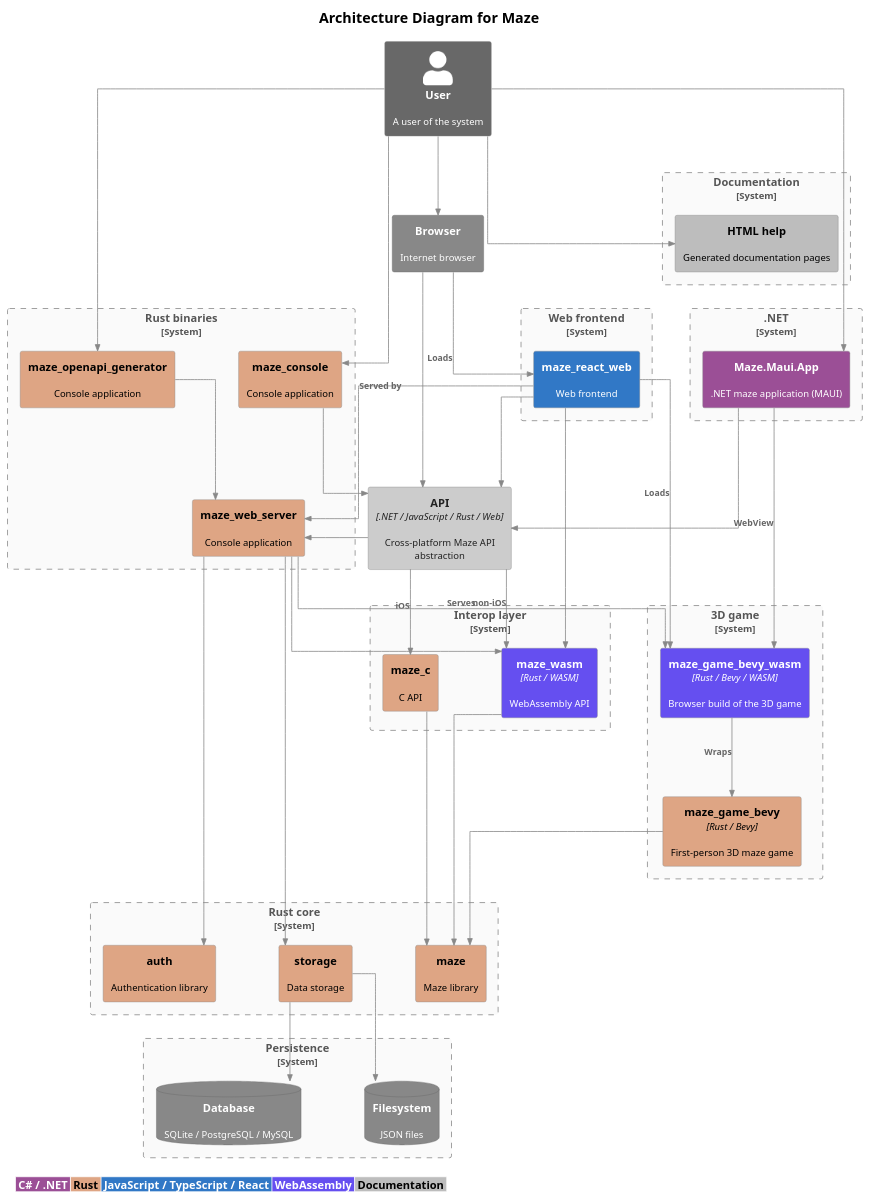
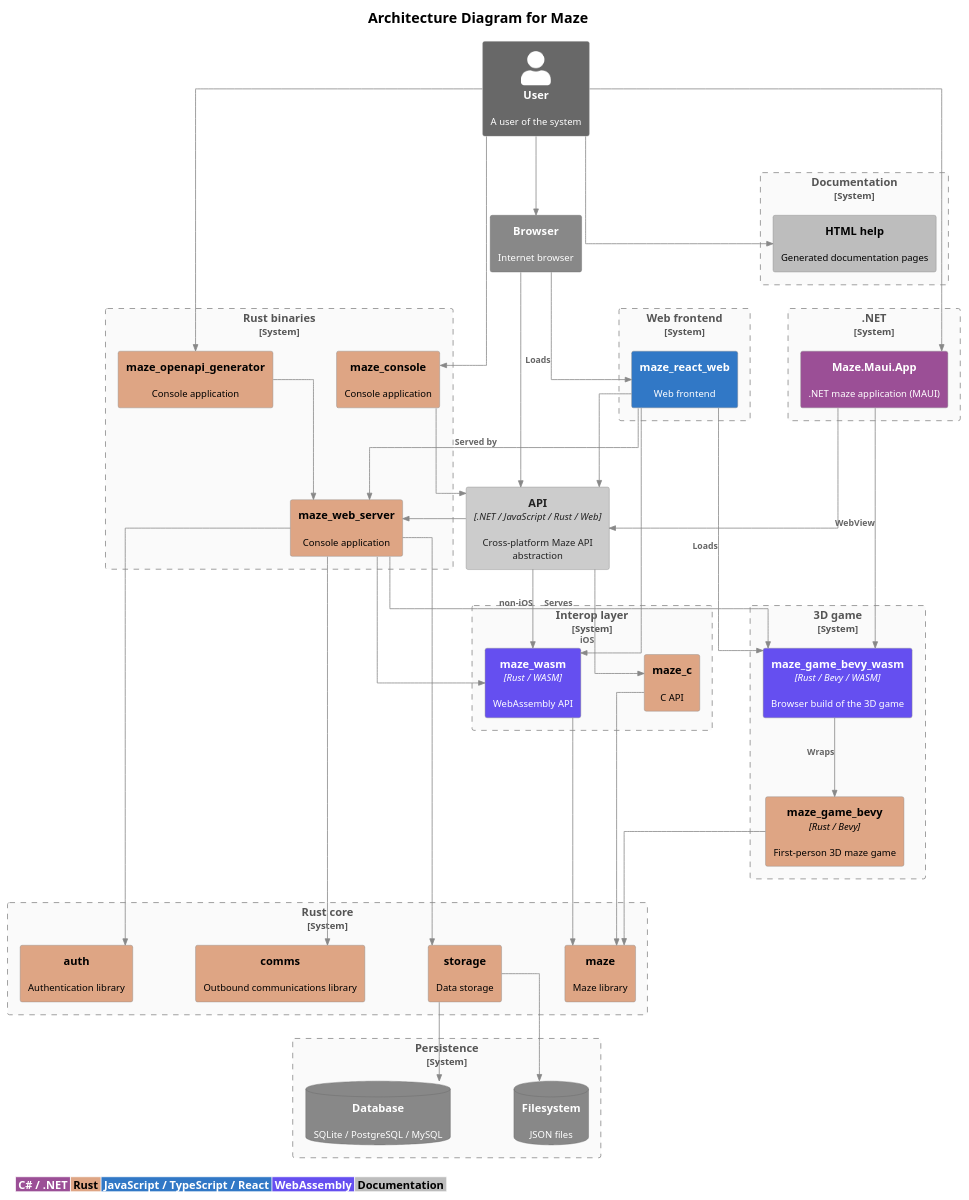
One commit to budgiedownunder/maze changed the diagram in docs/diagrams/architecture.puml. Above: the diagram before and after it, drawn with PlantUML. The commit also changed 6 other files, not shown here.

Commit message:
docs: register the new comms crate in root README, architecture/components diagrams, and DocFX index

```diff
--- a/docs/diagrams/architecture.puml
+++ b/docs/diagrams/architecture.puml
@@ -2,105 +2,107 @@
 @startuml architecture
 
 !include https://raw.githubusercontent.com/plantuml-stdlib/C4-PlantUML/master/C4_Container.puml
 
 LAYOUT_TOP_DOWN()
 HIDE_STEREOTYPE()
 skinparam linetype ortho
 skinparam nodesep 80
 skinparam ranksep 100
 skinparam defaultFontSize 12
 skinparam titleFontSize 18
 skinparam titleFontStyle bold
 skinparam ArrowFontSize 11
 
 UpdateElementStyle("container", $bgColor="#cccccc", $fontColor="#222222", $borderColor="#888888")
 UpdateElementStyle("external_container", $bgColor="#888888", $fontColor="#ffffff", $borderColor="#666666")
 UpdateBoundaryStyle($bgColor="#fafafa", $fontColor="#555555", $borderColor="#888888", $borderStyle="dashed")
 UpdateRelStyle($lineColor="#888888", $textColor="#666666")
 
 AddElementTag("rust",   $bgColor="#dea584", $fontColor="#000000", $legendText="Rust")
 AddElementTag("csharp", $bgColor="#9b4f96", $fontColor="#ffffff", $legendText="C# / .NET")
 AddElementTag("ts",     $bgColor="#3178c6", $fontColor="#ffffff", $legendText="JavaScript / TypeScript / React")
 AddElementTag("wasm",   $bgColor="#654ff0", $fontColor="#ffffff", $legendText="WebAssembly")
 AddElementTag("doc",    $bgColor="#bdbdbd", $fontColor="#000000", $legendText="Documentation")
 
 title Architecture Diagram for Maze
 
 Person_Ext(user, "User", "A user of the system")
 
 Container_Ext(browser, "Browser", "", "Internet browser")
 Container(api, "API", ".NET / JavaScript / Rust / Web", "Cross-platform Maze API abstraction")
 
 System_Boundary(b_rust_core, "Rust core") {
     Container(maze, "maze", "", "Maze library", $tags="rust")
     Container(auth, "auth", "", "Authentication library", $tags="rust")
+    Container(comms, "comms", "", "Outbound communications library", $tags="rust")
     Container(storage, "storage", "", "Data storage", $tags="rust")
 }
 
 System_Boundary(b_rust_bins, "Rust binaries") {
     Container(maze_web_server, "maze_web_server", "", "Console application", $tags="rust")
     Container(maze_console, "maze_console", "", "Console application", $tags="rust")
     Container(maze_openapi_generator, "maze_openapi_generator", "", "Console application", $tags="rust")
 }
 
 System_Boundary(b_interop, "Interop layer") {
     Container(maze_wasm, "maze_wasm", "Rust / WASM", "WebAssembly API", $tags="wasm")
     Container(maze_c, "maze_c", "", "C API", $tags="rust")
 }
 
 System_Boundary(b_dotnet, ".NET") {
     Container(maze_maui_app_net, "Maze.Maui.App", "", ".NET maze application (MAUI)", $tags="csharp")
 }
 
 System_Boundary(b_web, "Web frontend") {
     Container(maze_react_web, "maze_react_web", "", "Web frontend", $tags="ts")
 }
 
 System_Boundary(b_game, "3D game") {
     Container(maze_game_bevy, "maze_game_bevy", "Rust / Bevy", "First-person 3D maze game", $tags="rust")
     Container(maze_game_bevy_wasm, "maze_game_bevy_wasm", "Rust / Bevy / WASM", "Browser build of the 3D game", $tags="wasm")
 }
 
 System_Boundary(b_docs, "Documentation") {
     Container(html_help, "HTML help", "", "Generated documentation pages", $tags="doc")
 }
 
 System_Boundary(b_persistence, "Persistence") {
     ContainerDb_Ext(filesystem, "Filesystem", "", "JSON files")
     ContainerDb_Ext(database, "Database", "", "SQLite / PostgreSQL / MySQL")
 }
 
 Rel(user, browser, "")
 Rel(maze_react_web, maze_web_server, "Served by")
 Rel(user, html_help, "")
 Rel(user, maze_console, "")
 Rel(user, maze_maui_app_net, "")
 Rel(user, maze_openapi_generator, "")
 Rel(browser, api, "")
 Rel(browser, maze_react_web, "Loads")
 Rel(maze_react_web, api, "")
 Rel(maze_console, api, "")
 Rel(maze_maui_app_net, api, "")
 Rel(maze_openapi_generator, maze_web_server, "")
 Rel(maze_c, maze, "")
 Rel(maze_wasm, maze, "")
 Rel(api, maze_wasm, "non-iOS")
 Rel(api, maze_c, "iOS")
 Rel(api, maze_web_server, "")
 Rel(maze_web_server, maze_wasm, "")
 Rel(maze_web_server, auth, "")
+Rel(maze_web_server, comms, "")
 Rel(maze_web_server, storage, "")
 Rel(storage, filesystem, "")
 Rel(storage, database, "")
 Rel(maze_game_bevy, maze, "")
 Rel(maze_game_bevy_wasm, maze_game_bevy, "Wraps")
 Rel(maze_web_server, maze_game_bevy_wasm, "Serves")
 Rel(maze_react_web, maze_game_bevy_wasm, "Loads")
 Rel(maze_react_web, maze_wasm, "")
 Rel(maze_maui_app_net, maze_game_bevy_wasm, "WebView")
 
 legend bottom left
 |<#9b4f96> <color:#ffffff>**C# / .NET**</color> |<#dea584> <color:#000000>**Rust**</color> |<#3178c6> <color:#ffffff>**JavaScript / TypeScript / React**</color> |<#654ff0> <color:#ffffff>**WebAssembly**</color> |<#bdbdbd> <color:#000000>**Documentation**</color> |
 endlegend
 
 @enduml
```
